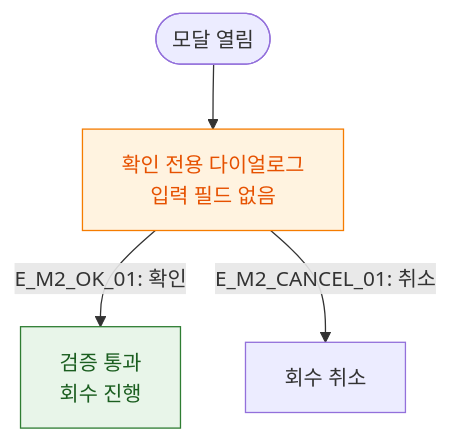
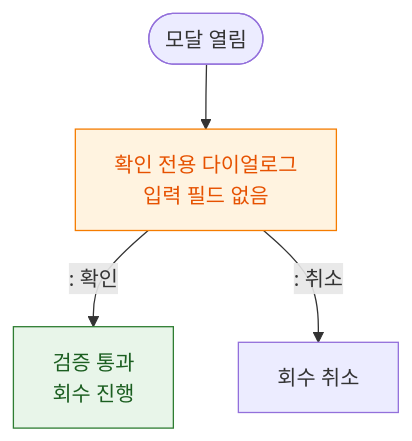
Before and after one commit to dev-spogym/admin-pando: the diagram in docs/다이어그램/D06_시설관리/DLG/DLG-050-003_락커회수확인/M2_필드검증.md, drawn with Mermaid. The commit also changed other lines of this file and 1660 other files, not shown here.

First line of the commit message:
다이어그램: 기획자/클라이언트 납품본으로 정리

````diff
--- a/docs/다이어그램/D06_시설관리/DLG/DLG-050-003_락커회수확인/M2_필드검증.md
+++ b/docs/다이어그램/D06_시설관리/DLG/DLG-050-003_락커회수확인/M2_필드검증.md
@@ -16,11 +14,11 @@
 ```mermaid
 flowchart TD
     OPEN([모달 열림]) --> Confirm[확인 전용 다이얼로그\n입력 필드 없음]
-    Confirm -->|"E_M2_OK_01: 확인"| PASS[검증 통과\n회수 진행]
-    Confirm -->|"E_M2_CANCEL_01: 취소"| CANCEL[회수 취소]
+    Confirm -->|": 확인"|PASS[검증 통과\n회수 진행]
+    Confirm -->|": 취소"|CANCEL[회수 취소]
 
     classDef modal fill:#FFF3E0,stroke:#F57C00,color:#E65100
     classDef success fill:#E8F5E9,stroke:#2E7D32,color:#1B5E20
     class Confirm modal
     class PASS success
 ```
````
